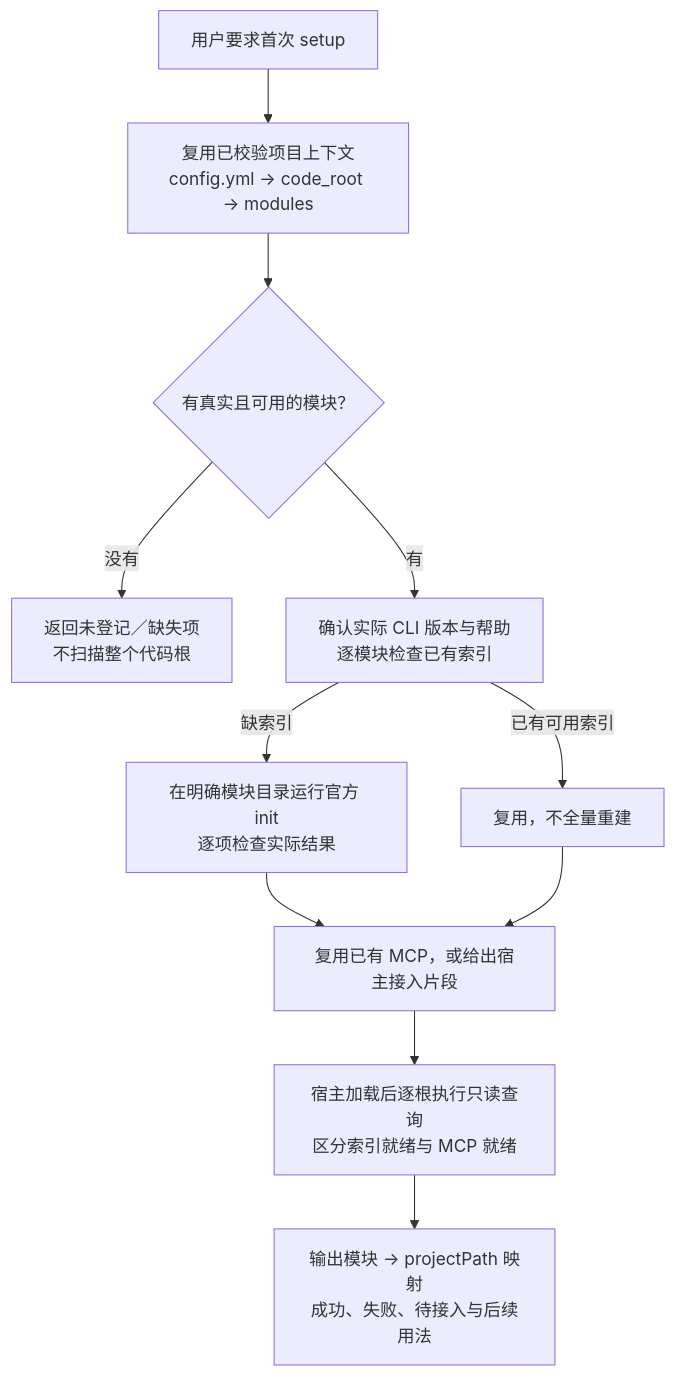
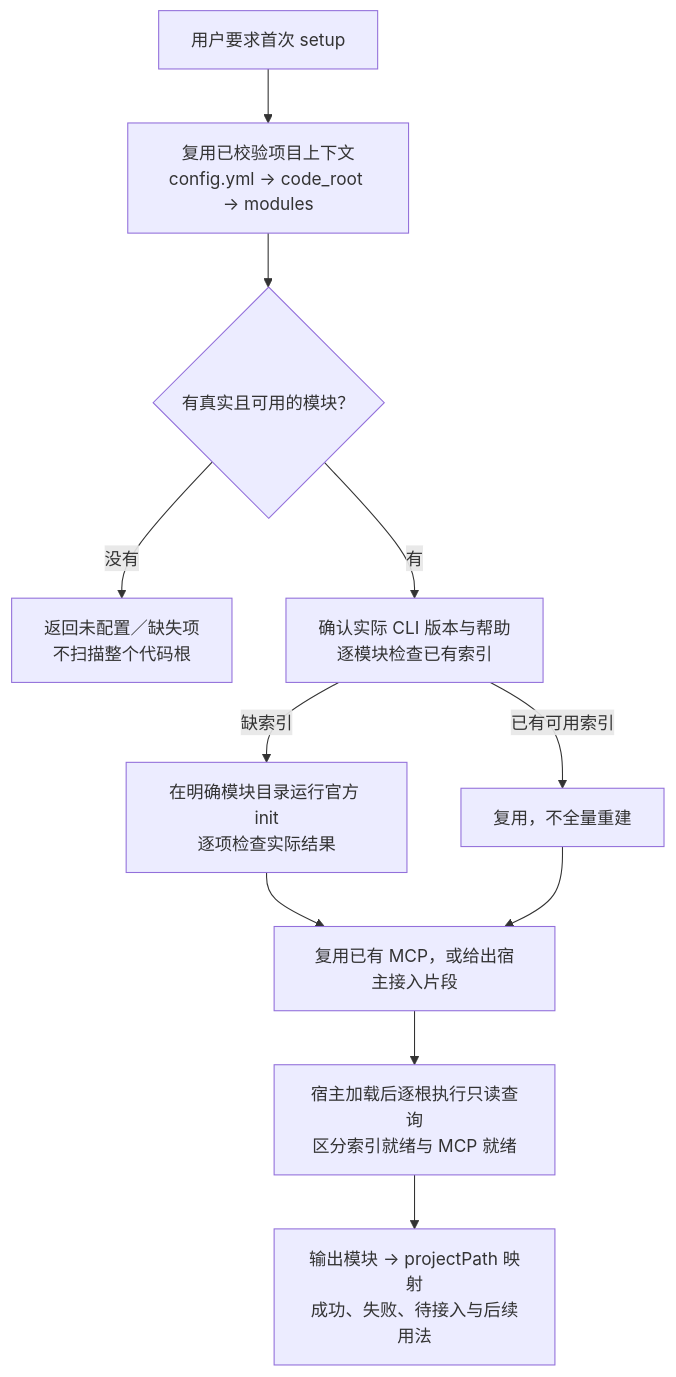
Diagram 21 of 26 in himate-knowledge-wifi-mp/docs-llm-wiki/知识库详细设计.md (Robin-hhc/FactumCore), drawn with Mermaid before and after one commit. The commit also changed other lines of this file and 183 other files, not shown here.

````diff
--- a/himate-knowledge-wifi-mp/docs-llm-wiki/知识库详细设计.md
+++ b/himate-knowledge-wifi-mp/docs-llm-wiki/知识库详细设计.md
@@ -822,13 +826,13 @@
 ```mermaid
 flowchart TD
     START["用户要求首次 setup"] --> MAP["复用已校验项目上下文<br/>config.yml → code_root → modules"]
     MAP --> EMPTY{"有真实且可用的模块？"}
-    EMPTY -->|"没有"| GAP["返回未登记／缺失项<br/>不扫描整个代码根"]
+    EMPTY -->|"没有"| GAP["返回未配置／缺失项<br/>不扫描整个代码根"]
     EMPTY -->|"有"| CHECK["确认实际 CLI 版本与帮助<br/>逐模块检查已有索引"]
     CHECK -->|"缺索引"| INIT["在明确模块目录运行官方 init<br/>逐项检查实际结果"]
     CHECK -->|"已有可用索引"| KEEP["复用，不全量重建"]
     INIT --> MCP["复用已有 MCP，或给出宿主接入片段"]
     KEEP --> MCP
     MCP --> PROBE["宿主加载后逐根执行只读查询<br/>区分索引就绪与 MCP 就绪"]
     PROBE --> GUIDE["输出模块 → projectPath 映射<br/>成功、失败、待接入与后续用法"]
 ```
````
